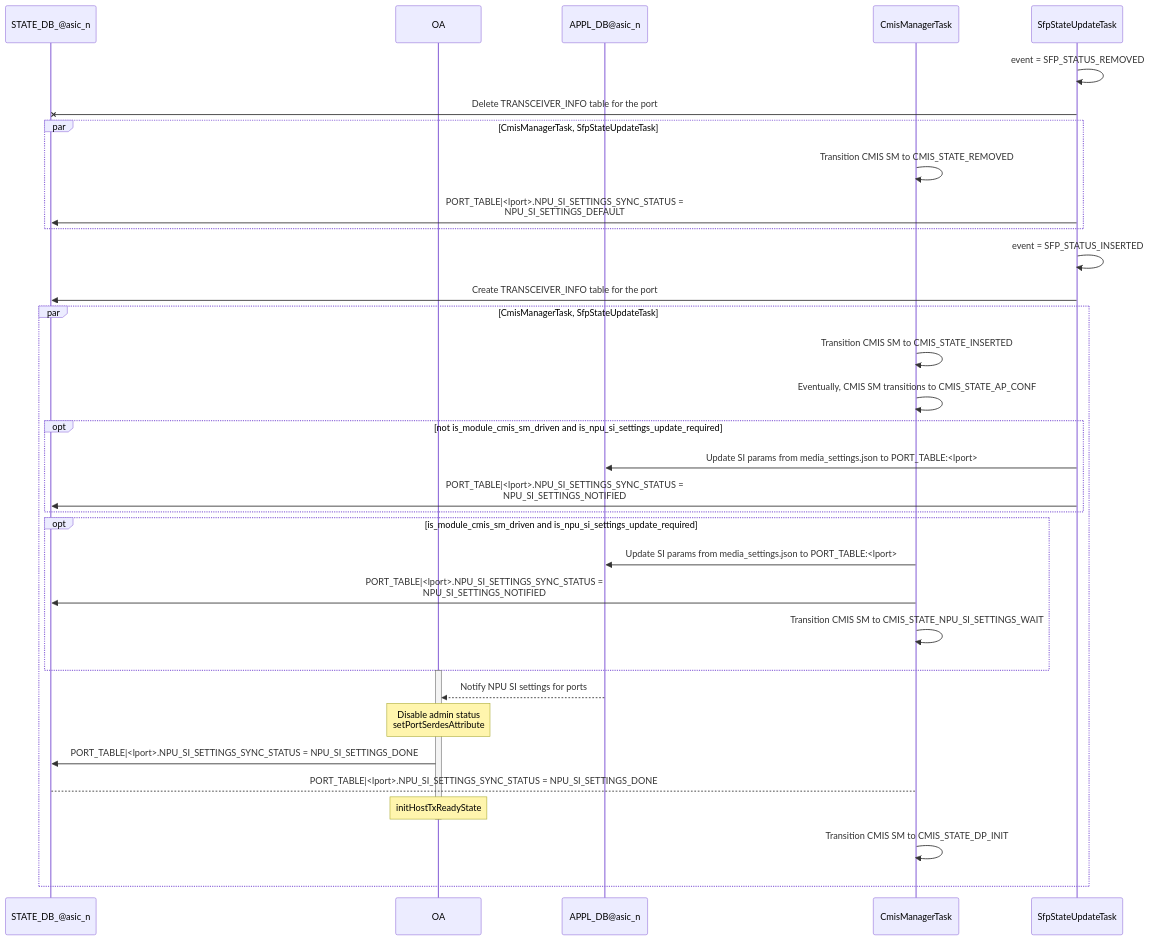
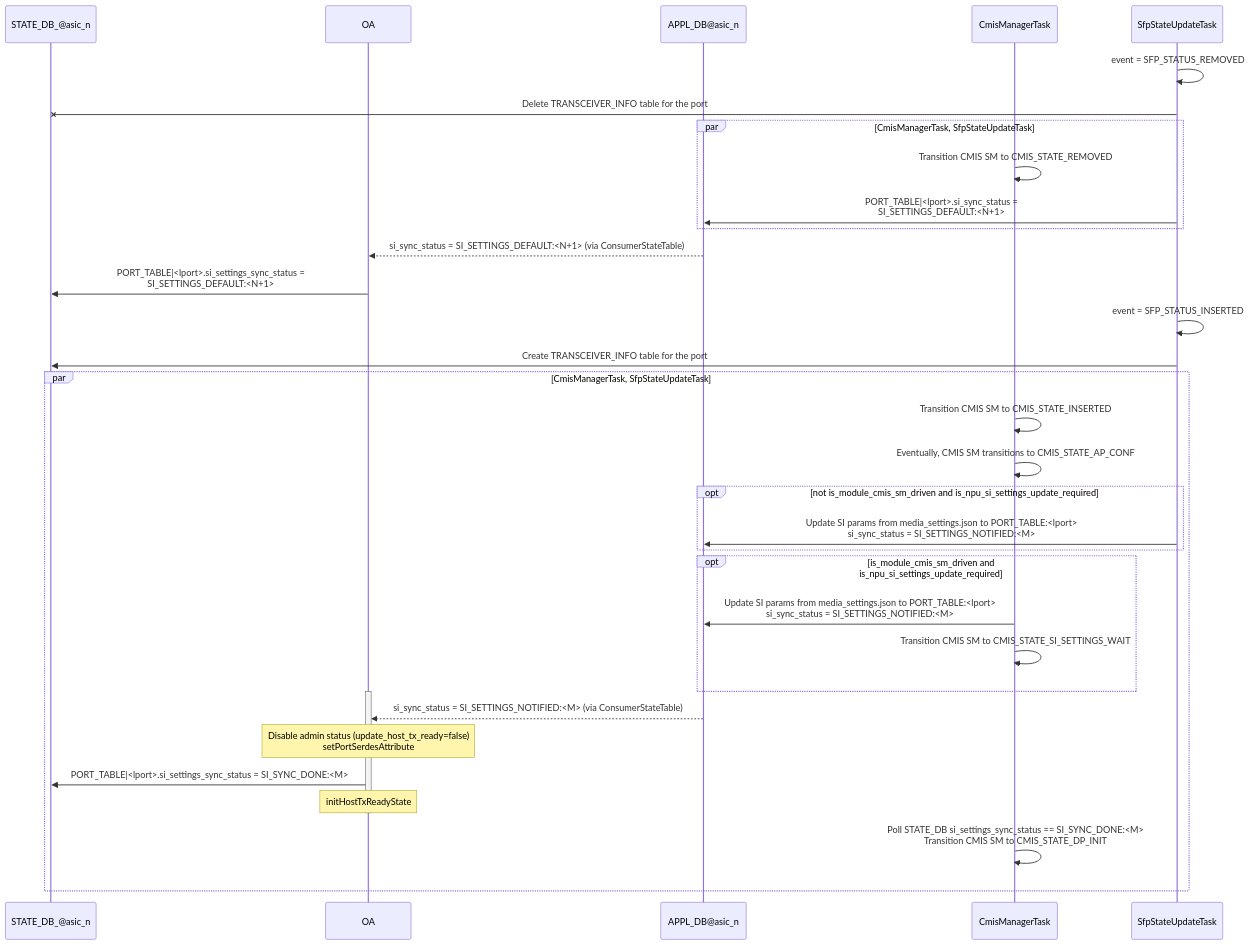
Before and after one commit to sonic-net/SONiC: the fourth of 5 diagrams in doc/sfp-cmis/Interface-Link-bring-up-sequence.md, drawn with Mermaid. The commit also changed other lines of this file, not shown here.

Commit message:
Update link up sequence with SI settings sync between OA and xcvrd

````diff
--- a/doc/sfp-cmis/Interface-Link-bring-up-sequence.md
+++ b/doc/sfp-cmis/Interface-Link-bring-up-sequence.md
@@ -364,39 +378,38 @@
 ```mermaid
 sequenceDiagram
     participant STATE_DB as STATE_DB_@asic_n
     participant OA
     participant APPL_DB as APPL_DB@asic_n
     participant CmisManagerTask
     participant SfpStateUpdateTask
 
     SfpStateUpdateTask ->> SfpStateUpdateTask : event = SFP_STATUS_REMOVED
     SfpStateUpdateTask -x STATE_DB : Delete TRANSCEIVER_INFO table for the port
     par         CmisManagerTask, SfpStateUpdateTask
         CmisManagerTask ->> CmisManagerTask : Transition CMIS SM to CMIS_STATE_REMOVED
-        SfpStateUpdateTask ->> STATE_DB : PORT_TABLE|<lport>.NPU_SI_SETTINGS_SYNC_STATUS = <br> NPU_SI_SETTINGS_DEFAULT
+        SfpStateUpdateTask ->> APPL_DB : PORT_TABLE|<lport>.si_sync_status = <br> SI_SETTINGS_DEFAULT:<N+1>
     end
+    APPL_DB -->> OA: si_sync_status = SI_SETTINGS_DEFAULT:<N+1> (via ConsumerStateTable)
+    OA ->> STATE_DB : PORT_TABLE|<lport>.si_settings_sync_status = <br> SI_SETTINGS_DEFAULT:<N+1>
 
     SfpStateUpdateTask ->> SfpStateUpdateTask : event = SFP_STATUS_INSERTED
     SfpStateUpdateTask ->> STATE_DB : Create TRANSCEIVER_INFO table for the port
     par CmisManagerTask, SfpStateUpdateTask
         CmisManagerTask ->> CmisManagerTask : Transition CMIS SM to CMIS_STATE_INSERTED
         CmisManagerTask ->> CmisManagerTask : Eventually, CMIS SM transitions to CMIS_STATE_AP_CONF
         opt not is_module_cmis_sm_driven and is_npu_si_settings_update_required
-          SfpStateUpdateTask ->> APPL_DB: Update SI params from media_settings.json to PORT_TABLE:<lport>
-          SfpStateUpdateTask ->> STATE_DB: PORT_TABLE|<lport>.NPU_SI_SETTINGS_SYNC_STATUS = <br> NPU_SI_SETTINGS_NOTIFIED
+          SfpStateUpdateTask ->> APPL_DB: Update SI params from media_settings.json to PORT_TABLE:<lport><br>si_sync_status = SI_SETTINGS_NOTIFIED:<M>
         end
         opt is_module_cmis_sm_driven and is_npu_si_settings_update_required
-          CmisManagerTask ->> APPL_DB: Update SI params from media_settings.json to PORT_TABLE:<lport>
-          CmisManagerTask ->> STATE_DB: PORT_TABLE|<lport>.NPU_SI_SETTINGS_SYNC_STATUS = <br> NPU_SI_SETTINGS_NOTIFIED
-          CmisManagerTask ->> CmisManagerTask : Transition CMIS SM to CMIS_STATE_NPU_SI_SETTINGS_WAIT
+          CmisManagerTask ->> APPL_DB: Update SI params from media_settings.json to PORT_TABLE:<lport><br>si_sync_status = SI_SETTINGS_NOTIFIED:<M>
+          CmisManagerTask ->> CmisManagerTask : Transition CMIS SM to CMIS_STATE_SI_SETTINGS_WAIT
         end
         activate OA
-        APPL_DB -->> OA: Notify NPU SI settings for ports
-        Note over OA: Disable admin status<br>setPortSerdesAttribute
-        OA ->> STATE_DB: PORT_TABLE|<lport>.NPU_SI_SETTINGS_SYNC_STATUS = NPU_SI_SETTINGS_DONE
-        STATE_DB --> CmisManagerTask: PORT_TABLE|<lport>.NPU_SI_SETTINGS_SYNC_STATUS = NPU_SI_SETTINGS_DONE
+        APPL_DB -->> OA: si_sync_status = SI_SETTINGS_NOTIFIED:<M> (via ConsumerStateTable)
+        Note over OA: Disable admin status (update_host_tx_ready=false)<br>setPortSerdesAttribute
+        OA ->> STATE_DB: PORT_TABLE|<lport>.si_settings_sync_status = SI_SYNC_DONE:<M>
         Note over OA: initHostTxReadyState
         deactivate OA
-        CmisManagerTask ->> CmisManagerTask : Transition CMIS SM to CMIS_STATE_DP_INIT
+        CmisManagerTask ->> CmisManagerTask : Poll STATE_DB si_settings_sync_status == SI_SYNC_DONE:<M><br>Transition CMIS SM to CMIS_STATE_DP_INIT
     end
 ```
````
